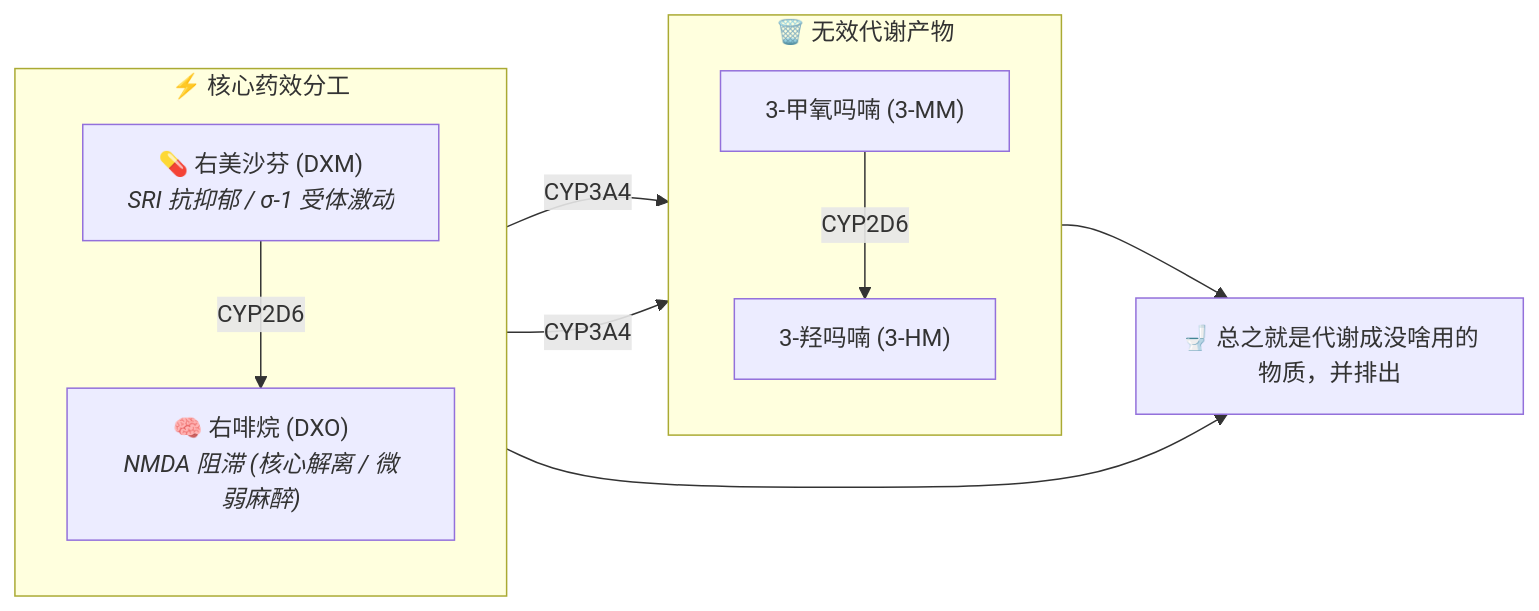
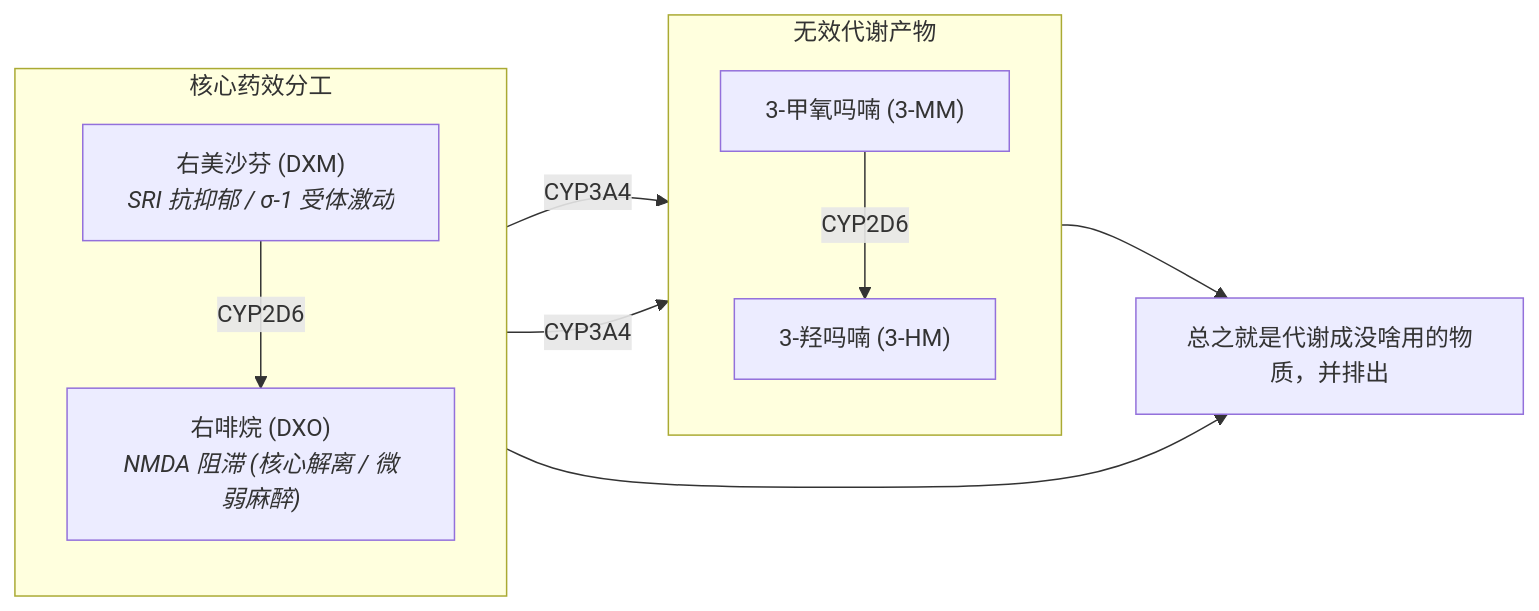
One commit to angelic2231/angelic2231.github.io changed the diagram in content/药物索引/愈美片.md. Above: the diagram before and after it, drawn with Mermaid. The commit also changed other lines of this file and 1 other file, not shown here.

````diff
--- a/content/药物索引/愈美片.md
+++ b/content/药物索引/愈美片.md
@@ -34,24 +86,24 @@
 ```mermaid
 flowchart LR
-    subgraph Active["⚡ 核心药效分工"]
+    subgraph Active["核心药效分工"]
         direction TB
-        DXM["💊 右美沙芬 (DXM)<br><i>SRI 抗抑郁 / σ-1 受体激动</i>"]
-        DXO["🧠 右啡烷 (DXO)<br><i>NMDA 阻滞 (核心解离 / 微弱麻醉)</i>"]
+        DXM["右美沙芬 (DXM)<br><i>SRI 抗抑郁 / σ-1 受体激动</i>"]
+        DXO["右啡烷 (DXO)<br><i>NMDA 阻滞 (核心解离 / 微弱麻醉)</i>"]
     end
 
-    subgraph Inactive["🗑️ 无效代谢产物"]
+    subgraph Inactive["无效代谢产物"]
         direction TB
         MEM["3-甲氧吗喃 (3-MM)"]
         M3M["3-羟吗喃 (3-HM)"]
     end
 
-    Waste["🚽 总之就是代谢成没啥用的物质，并排出"]
+    Waste["总之就是代谢成没啥用的物质，并排出"]
 
     DXM -->|"CYP2D6"| DXO
     DXM -->|"CYP3A4"| MEM
     DXO -->|"CYP3A4"| M3M
     MEM -->|"CYP2D6"| M3M
 
     DXO --> Waste
     M3M --> Waste
 ```
````
